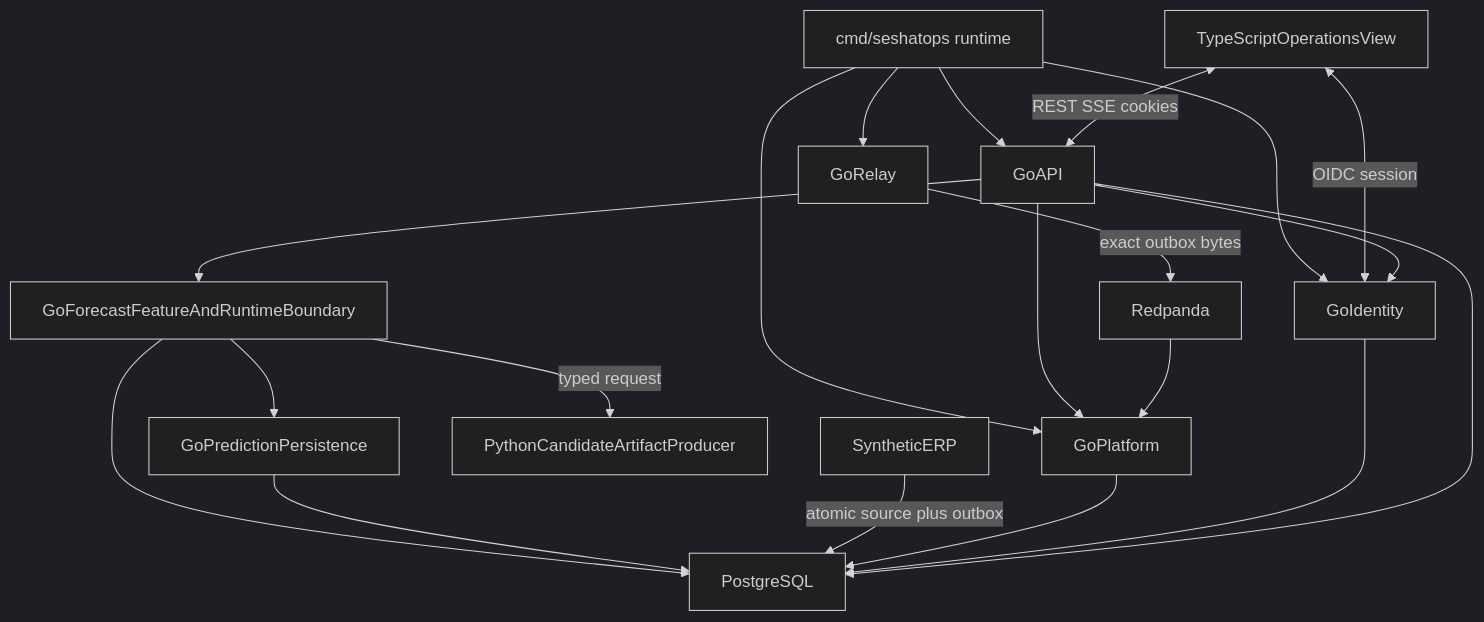
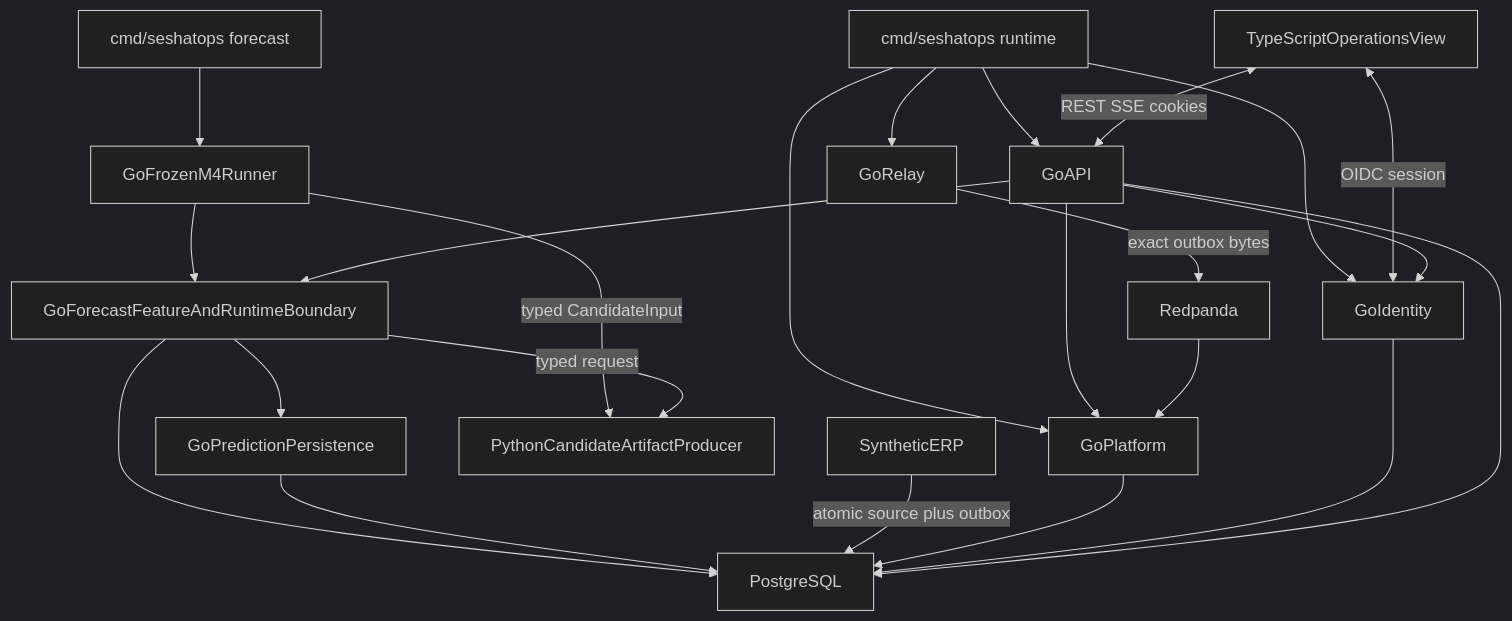
Before and after one commit to G1DO/seshatops: the diagram in docs/architecture/overview.md, drawn with Mermaid (dark theme). The commit also changed other lines of this file and 12 other files, not shown here.

Commit message:
Add one-shot frozen forecast runner (#111)

````diff
--- a/docs/architecture/overview.md
+++ b/docs/architecture/overview.md
@@ -23,33 +28,38 @@
 ```mermaid
 flowchart TB
   RT[cmd/seshatops runtime]
   UI[TypeScriptOperationsView]
   ID[GoIdentity]
   API[GoAPI]
   PL[GoPlatform]
   FS[GoForecastFeatureAndRuntimeBoundary]
+  FR[cmd/seshatops forecast]
+  FE[GoFrozenM4Runner]
   REL[GoRelay]
   ERP[SyntheticERP]
   BUS[Redpanda]
   PG[PostgreSQL]
   PY[PythonCandidateArtifactProducer]
   RT --> ID
   RT --> API
   RT --> REL
   RT --> PL
+  FR --> FE
+  FE -->|typed CandidateInput| PY
+  FE --> FS
   PP[GoPredictionPersistence]
   UI <-->|"REST SSE cookies"| API
   UI <-->|"OIDC session"| ID
   API --> ID
   API --> PL
   API --> FS
   FS --> PG
   FS -->|typed request| PY
   FS --> PP --> PG
   ERP -->|atomic source plus outbox| PG
   REL -->|exact outbox bytes| BUS
   BUS --> PL
   PL --> PG
   ID --> PG
   API --> PG
 ```
````
